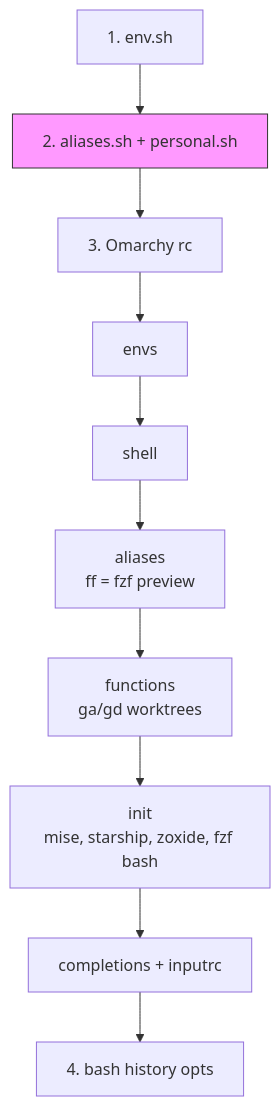
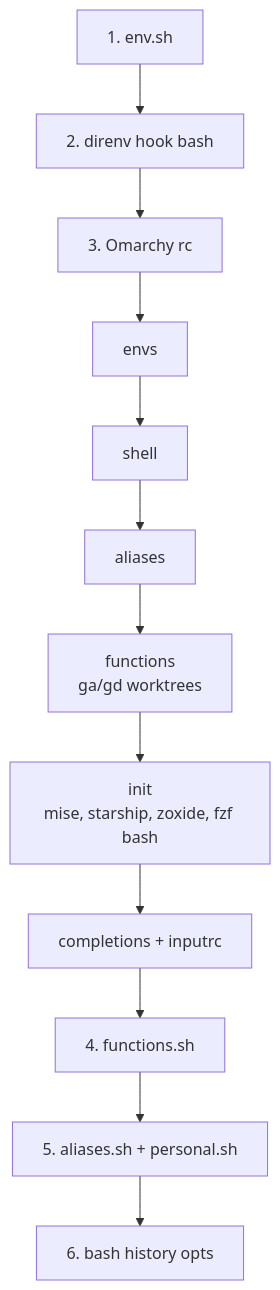
Before and after one commit to p10ns11y/shellyxz.sh: the fifth of 9 diagrams in shell.md, drawn with Mermaid. The commit also changed other lines of this file and 3 other files, not shown here.

````diff
--- a/shell.md
+++ b/shell.md
@@ -170,14 +170,14 @@
 ```mermaid
 flowchart TD
-    A["1. env.sh"] --> B["2. aliases.sh + personal.sh"]
+    A["1. env.sh"] --> B["2. direnv hook bash"]
     B --> C["3. Omarchy rc"]
     C --> C1["envs"]
     C1 --> C2["shell"]
-    C2 --> C3["aliases<br/>ff = fzf preview"]
+    C2 --> C3["aliases"]
     C3 --> C4["functions<br/>ga/gd worktrees"]
     C4 --> C5["init<br/>mise, starship, zoxide, fzf bash"]
     C5 --> C6["completions + inputrc"]
-    C6 --> D["4. bash history opts"]
-
-    style B fill:#f9f,stroke:#333
+    C6 --> D["4. functions.sh"]
+    D --> E["5. aliases.sh + personal.sh"]
+    E --> F["6. bash history opts"]
 ```
````
